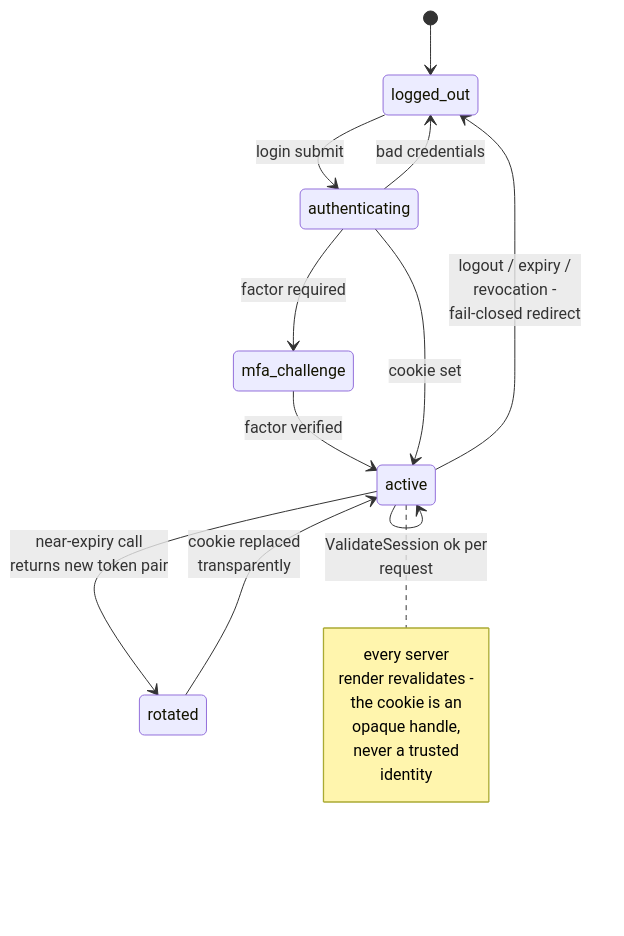
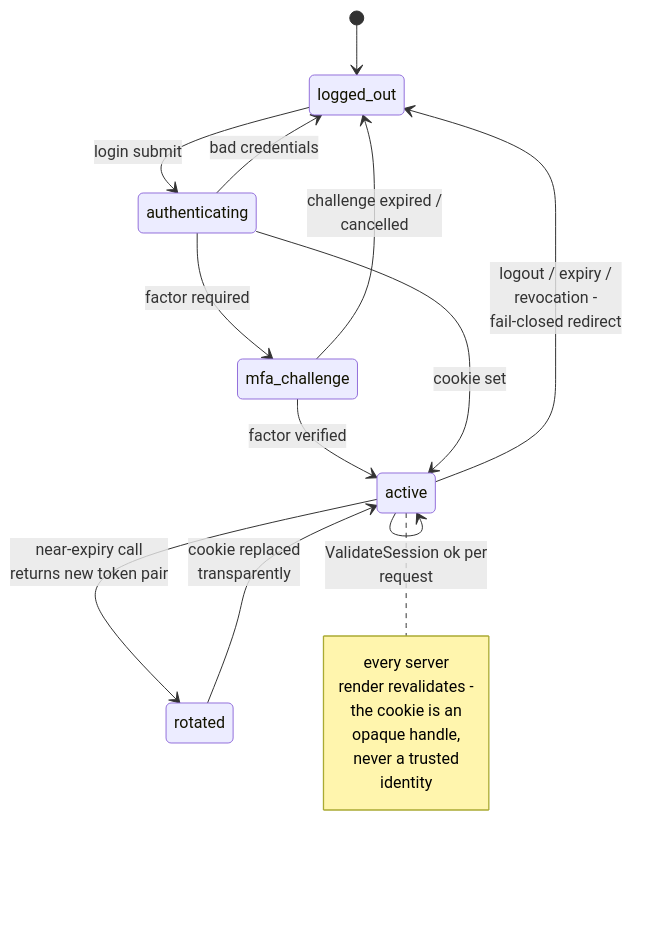
One commit to PACT-Toolkit/pact-web changed the fifth of 6 diagrams in docs/architecture.md. Above: the diagram before and after it, drawn with Mermaid. The commit also changed other lines of this file, not shown here.

Commit message:
📝 fix architecture diagram inaccuracies in login and proxy flows

````diff
--- a/docs/architecture.md
+++ b/docs/architecture.md
@@ -156,21 +159,22 @@
 ```mermaid
 stateDiagram-v2
     [*] --> logged_out
     logged_out --> authenticating : login submit
     authenticating --> mfa_challenge : factor required
     mfa_challenge --> active : factor verified
+    mfa_challenge --> logged_out : challenge expired /<br/>cancelled
     authenticating --> active : cookie set
     authenticating --> logged_out : bad credentials
     active --> active : ValidateSession ok per<br/>request
     active --> rotated : near-expiry call<br/>returns new token pair
     rotated --> active : cookie replaced<br/>transparently
     active --> logged_out : logout / expiry /<br/>revocation -<br/>fail-closed redirect
     note right of active
         every server
         render revalidates -
         the cookie is an
         opaque handle,
         never a trusted
         identity
     end note
 ```
````
